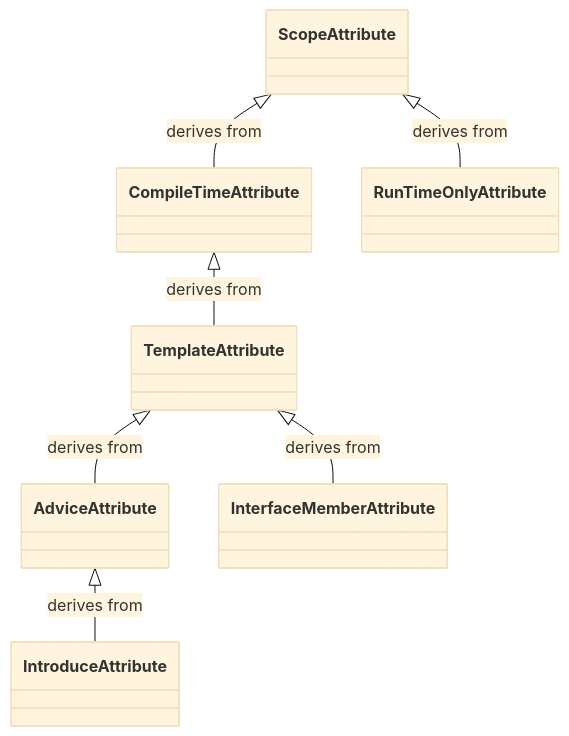
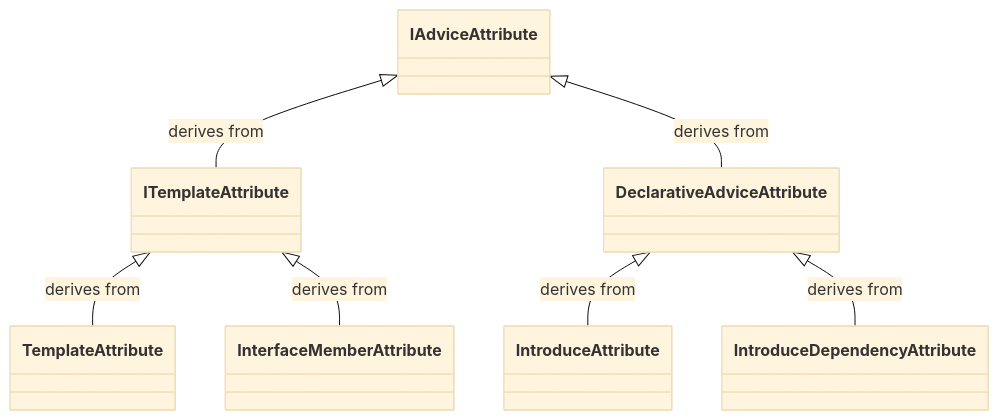
The third of 4 diagrams in overwrite/namespaces/Metalama.Framework.Aspects.md (postsharp/Metalama.Documentation), drawn with Mermaid (base theme) before and after one commit. The commit also changed other lines of this file and 24 other files, not shown here.

````diff
--- a/overwrite/namespaces/Metalama.Framework.Aspects.md
+++ b/overwrite/namespaces/Metalama.Framework.Aspects.md
@@ -65,14 +102,10 @@
 ```mermaid
 classDiagram
 
-ScopeAttribute <|-- CompileTimeAttribute  : derives from
-ScopeAttribute <|-- RunTimeOnlyAttribute  : derives from
-CompileTimeAttribute <|-- TemplateAttribute  : derives from
-TemplateAttribute <|-- AdviceAttribute  : derives from
-AdviceAttribute <|-- IntroduceAttribute  : derives from
-TemplateAttribute <|-- InterfaceMemberAttribute  : derives from
-
-class CompileTimeAttribute
-class RunTimeOnlyAttribute
-
+IAdviceAttribute <|-- ITemplateAttribute : derives from
+IAdviceAttribute <| -- DeclarativeAdviceAttribute : derives from
+ITemplateAttribute <|-- TemplateAttribute  : derives from
+DeclarativeAdviceAttribute <|-- IntroduceAttribute  : derives from
+DeclarativeAdviceAttribute <|-- IntroduceDependencyAttribute  : derives from
+ITemplateAttribute <|-- InterfaceMemberAttribute  : derives from
 ```
````
